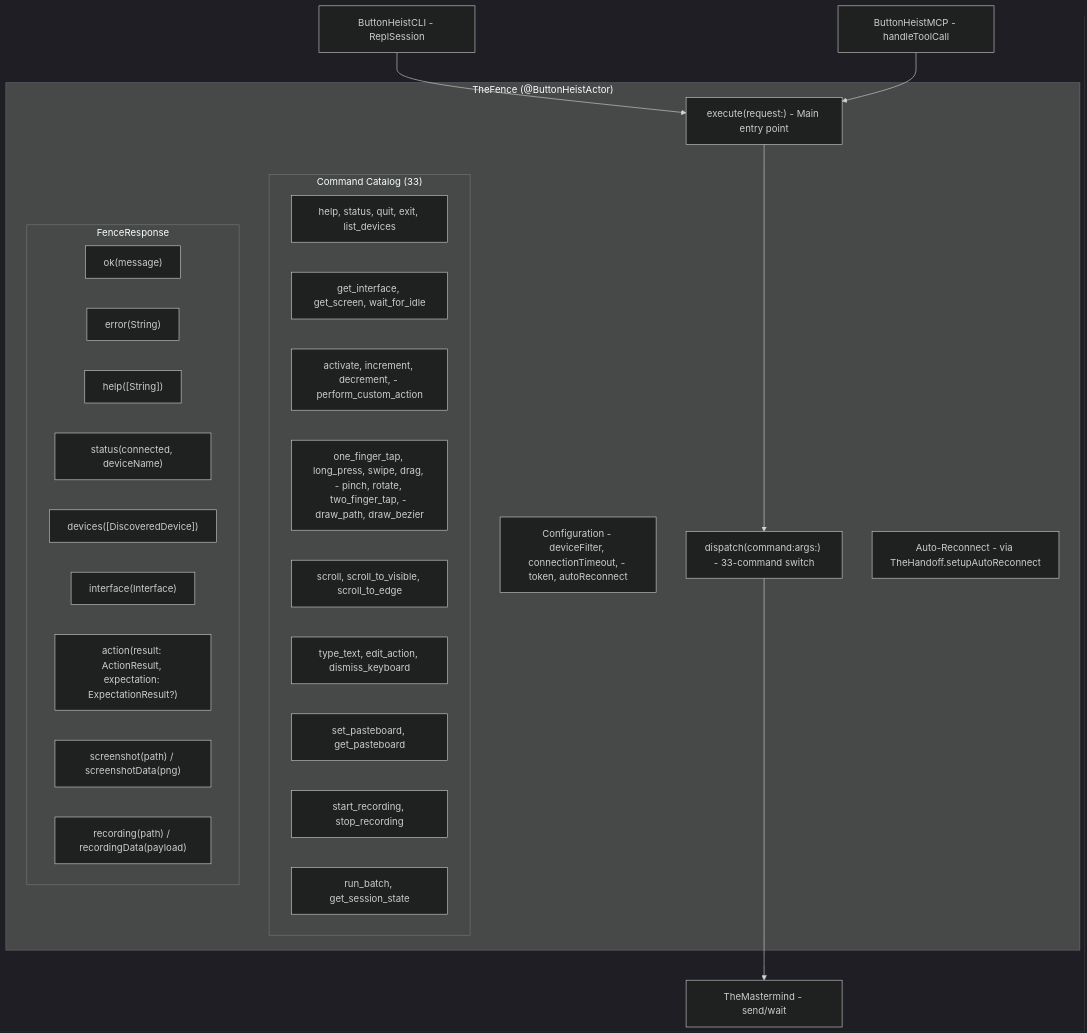
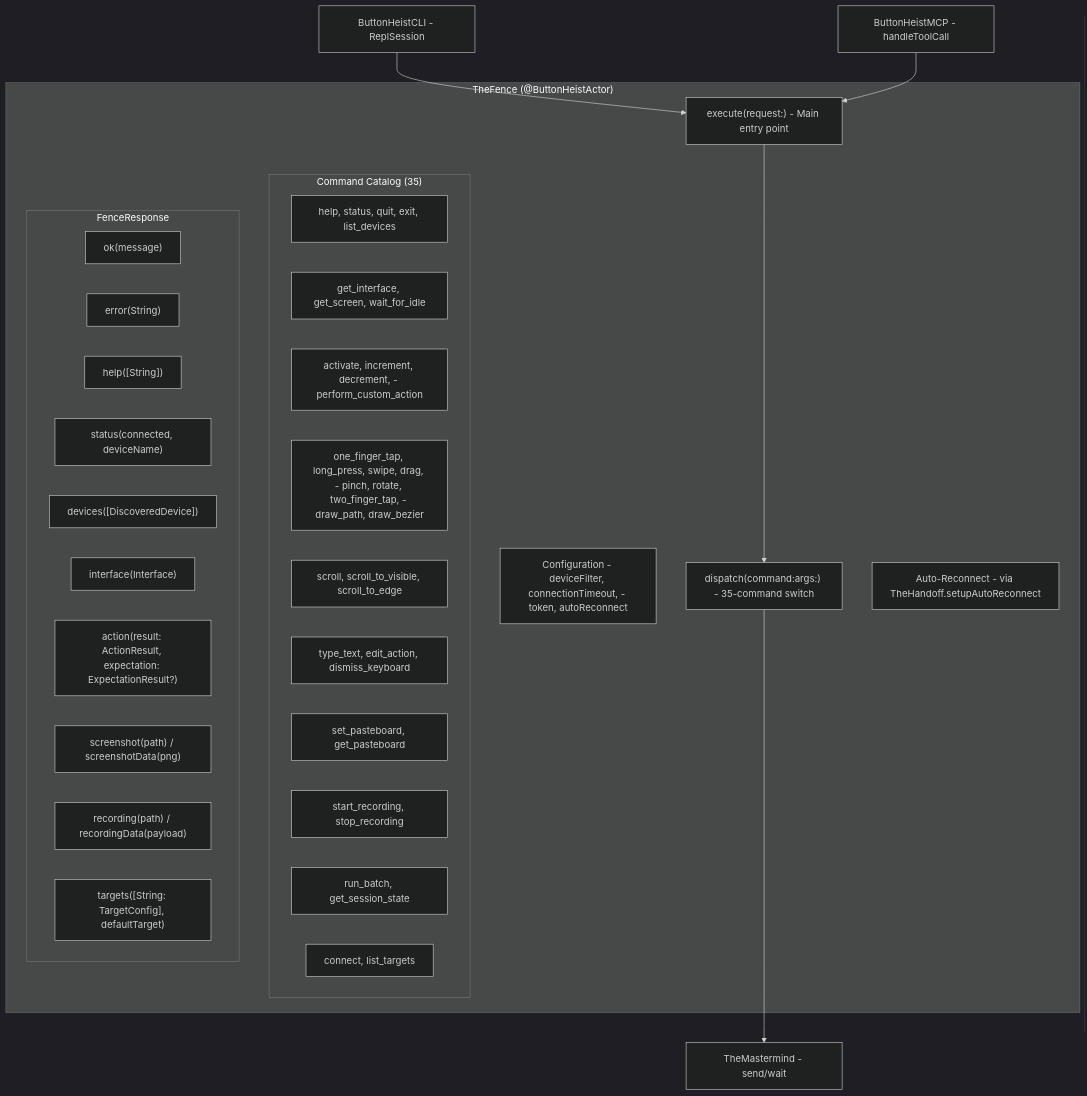
Before and after one commit to RoyalPineapple/TheButtonHeist: the first of 3 diagrams in docs/dossiers/10-THEFENCE.md, drawn with Mermaid (dark theme). The commit also changed other lines of this file and 13 other files, not shown here.

First line of the commit message:
feat: add multi-target configuration with connect and list_targets commands (#147)

````diff
--- a/docs/dossiers/10-THEFENCE.md
+++ b/docs/dossiers/10-THEFENCE.md
@@ -23,38 +23,40 @@
 ```mermaid
 graph TD
     subgraph TheFence["TheFence (@ButtonHeistActor)"]
         Config["Configuration - deviceFilter, connectionTimeout, - token, autoReconnect"]
         Execute["execute(request:) - Main entry point"]
-        Dispatch["dispatch(command:args:) - 33-command switch"]
+        Dispatch["dispatch(command:args:) - 35-command switch"]
         Reconnect["Auto-Reconnect - via TheHandoff.setupAutoReconnect"]
 
-        subgraph Commands["Command Catalog (33)"]
+        subgraph Commands["Command Catalog (35)"]
             Conn["help, status, quit, exit, list_devices"]
             IF["get_interface, get_screen, wait_for_idle"]
             Access["activate, increment, decrement, - perform_custom_action"]
             Gesture["one_finger_tap, long_press, swipe, drag, - pinch, rotate, two_finger_tap, - draw_path, draw_bezier"]
             Scroll["scroll, scroll_to_visible, scroll_to_edge"]
             Text["type_text, edit_action, dismiss_keyboard"]
             Pasteboard["set_pasteboard, get_pasteboard"]
             Rec["start_recording, stop_recording"]
             Batch["run_batch, get_session_state"]
+            Target["connect, list_targets"]
         end
 
         subgraph Response["FenceResponse"]
             Ok["ok(message)"]
             Err["error(String)"]
             Help["help([String])"]
             Status["status(connected, deviceName)"]
             DevList["devices([DiscoveredDevice])"]
             IFResp["interface(Interface)"]
             Action["action(result: ActionResult, expectation: ExpectationResult?)"]
             Screenshot["screenshot(path) / screenshotData(png)"]
             Recording["recording(path) / recordingData(payload)"]
+            Targets["targets([String: TargetConfig], defaultTarget)"]
         end
     end
 
     CLI["ButtonHeistCLI - ReplSession"] --> Execute
     MCP["ButtonHeistMCP - handleToolCall"] --> Execute
     Execute --> Dispatch
     Dispatch --> Client["TheMastermind - send/wait"]
 ```
````
